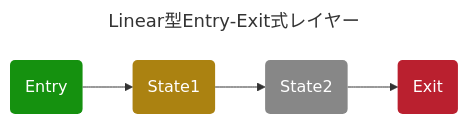
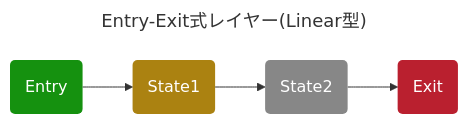
Before and after one commit to anatawa12/AvatarOptimizer: the third of 3 diagrams in .docs/content/docs/reference/trace-and-optimize/index.ja.md, drawn with Mermaid. The commit also changed other lines of this file and 3 other files, not shown here.

````diff
--- a/.docs/content/docs/reference/trace-and-optimize/index.ja.md
+++ b/.docs/content/docs/reference/trace-and-optimize/index.ja.md
@@ -125,18 +125,18 @@
   ```mermaid
   ---
-  title: Linear型Entry-Exit式レイヤー
+  title: Entry-Exit式レイヤー(Linear型)
   ---
   flowchart LR;
         Entry(Entry) --> State1(State1);
         State1 --> State2(State2);
         State2 --> Exit(Exit);
 
   classDef node stroke-width:0px,color:#ffffff
   classDef defaultState fill:#ab8211
   classDef state fill:#878787
   style Exit fill:#ba202f
   style Entry fill:#15910f
   class Entry,State1,State2,Exit node
   class State1 defaultState
   class State2 state
   ```
````
